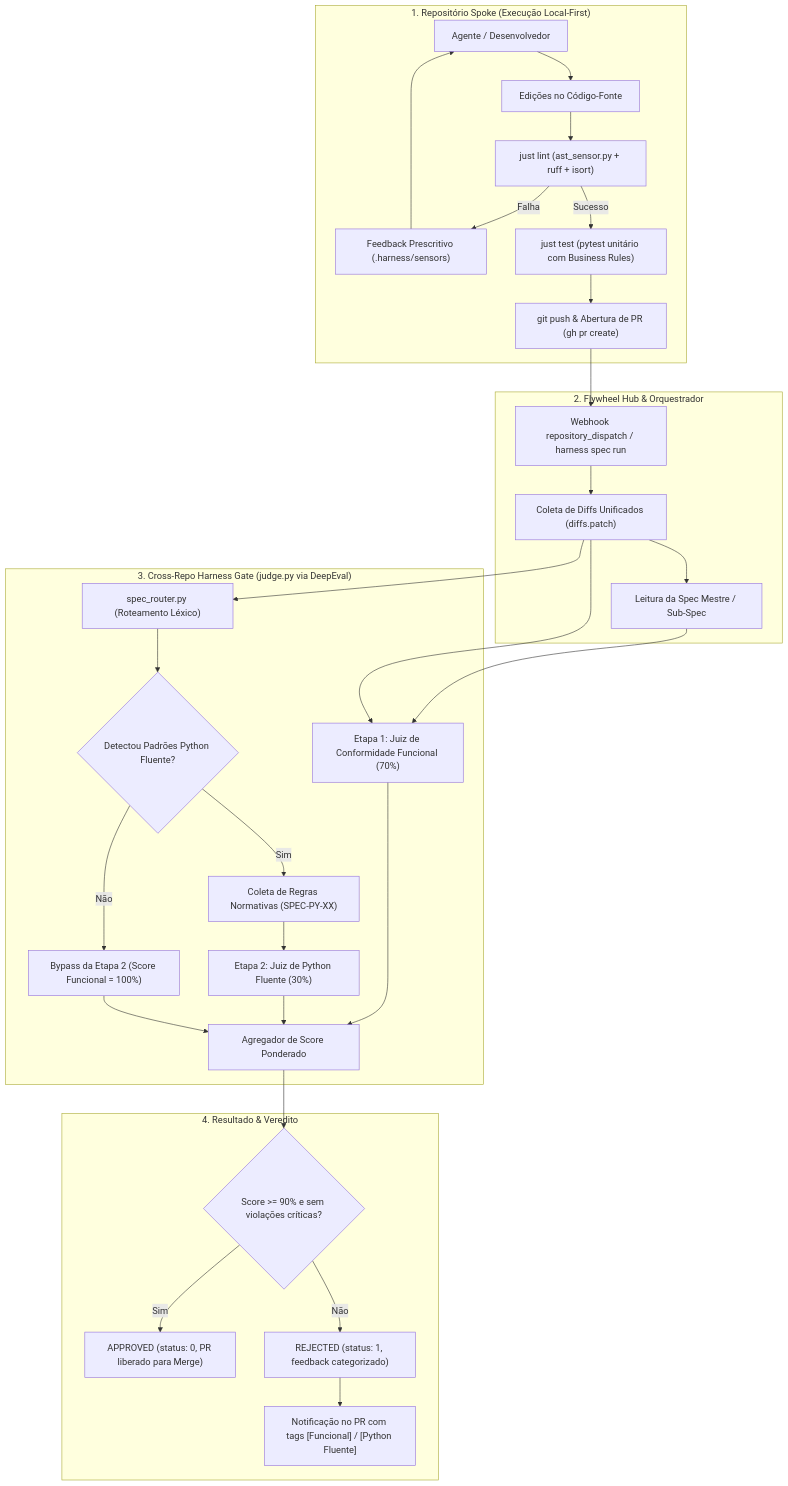
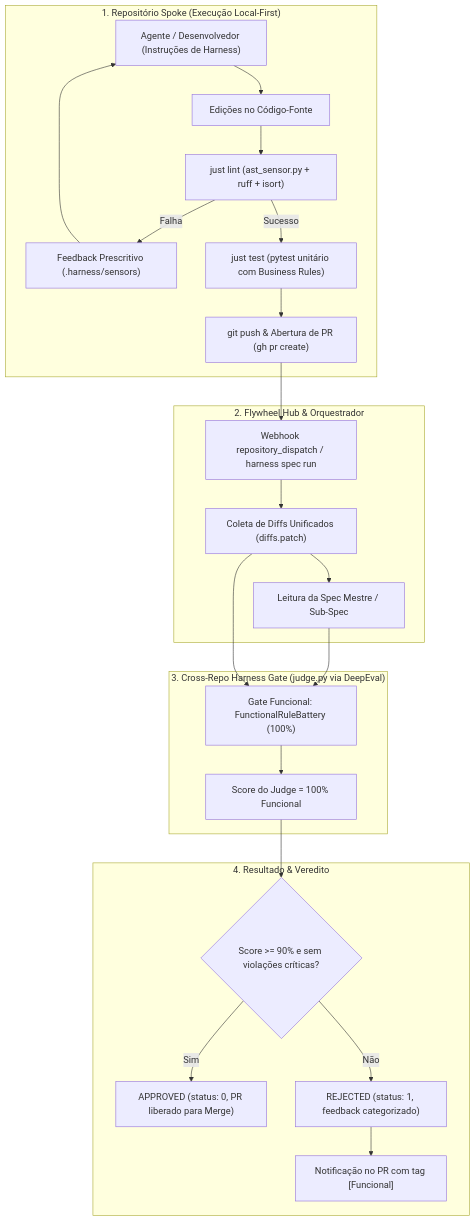
Before and after one commit to eduardosan/harness-state: the first of 3 diagrams in docs/architecture/code-evaluation-flow.md, drawn with Mermaid. The commit also changed other lines of this file and 3 other files, not shown here.

````diff
--- a/docs/architecture/code-evaluation-flow.md
+++ b/docs/architecture/code-evaluation-flow.md
@@ -51,37 +51,29 @@
 ```mermaid
 flowchart TD
     subgraph SpokeLocal ["1. Repositório Spoke (Execução Local-First)"]
-        Dev["Agente / Desenvolvedor"] --> Edits["Edições no Código-Fonte"]
+        Dev["Agente / Desenvolvedor (Instruções de Harness)"] --> Edits["Edições no Código-Fonte"]
         Edits --> JustLint["just lint (ast_sensor.py + ruff + isort)"]
         JustLint -->|Falha| FeedbackLocal["Feedback Prescritivo (.harness/sensors)"]
         FeedbackLocal --> Dev
         JustLint -->|Sucesso| JustTest["just test (pytest unitário com Business Rules)"]
         JustTest --> PR["git push & Abertura de PR (gh pr create)"]
     end
 
     subgraph HubDispatcher ["2. Flywheel Hub & Orquestrador"]
         PR --> Event["Webhook repository_dispatch / harness spec run"]
         Event --> CollectDiffs["Coleta de Diffs Unificados (diffs.patch)"]
         CollectDiffs --> FetchSpec["Leitura da Spec Mestre / Sub-Spec"]
     end
 
     subgraph StagedJudge ["3. Cross-Repo Harness Gate (judge.py via DeepEval)"]
-        FetchSpec & CollectDiffs --> Stage1["Etapa 1: Juiz de Conformidade Funcional (70%)"]
-        CollectDiffs --> SpecRouter["spec_router.py (Roteamento Léxico)"]
-        SpecRouter --> CheckPython{"Detectou Padrões Python Fluente?"}
-        
-        CheckPython -->|Sim| ExtractRules["Coleta de Regras Normativas (SPEC-PY-XX)"]
-        ExtractRules --> Stage2["Etapa 2: Juiz de Python Fluente (30%)"]
-        CheckPython -->|Não| SkipStage2["Bypass da Etapa 2 (Score Funcional = 100%)"]
-        
-        Stage1 & Stage2 --> Aggregator["Agregador de Score Ponderado"]
-        SkipStage2 --> Aggregator
+        FetchSpec & CollectDiffs --> Stage1["Gate Funcional: FunctionalRuleBattery (100%)"]
+        Stage1 --> ScoreCalc["Score do Judge = 100% Funcional"]
     end
 
     subgraph VerdictOutcome ["4. Resultado & Veredito"]
-        Aggregator --> CheckScore{"Score >= 90% e sem violações críticas?"}
+        ScoreCalc --> CheckScore{"Score >= 90% e sem violações críticas?"}
         CheckScore -->|Sim| Approved["APPROVED (status: 0, PR liberado para Merge)"]
         CheckScore -->|Não| Rejected["REJECTED (status: 1, feedback categorizado)"]
-        Rejected --> SyncFeedback["Notificação no PR com tags [Funcional] / [Python Fluente]"]
+        Rejected --> SyncFeedback["Notificação no PR com tag [Funcional]"]
     end
 ```
````
